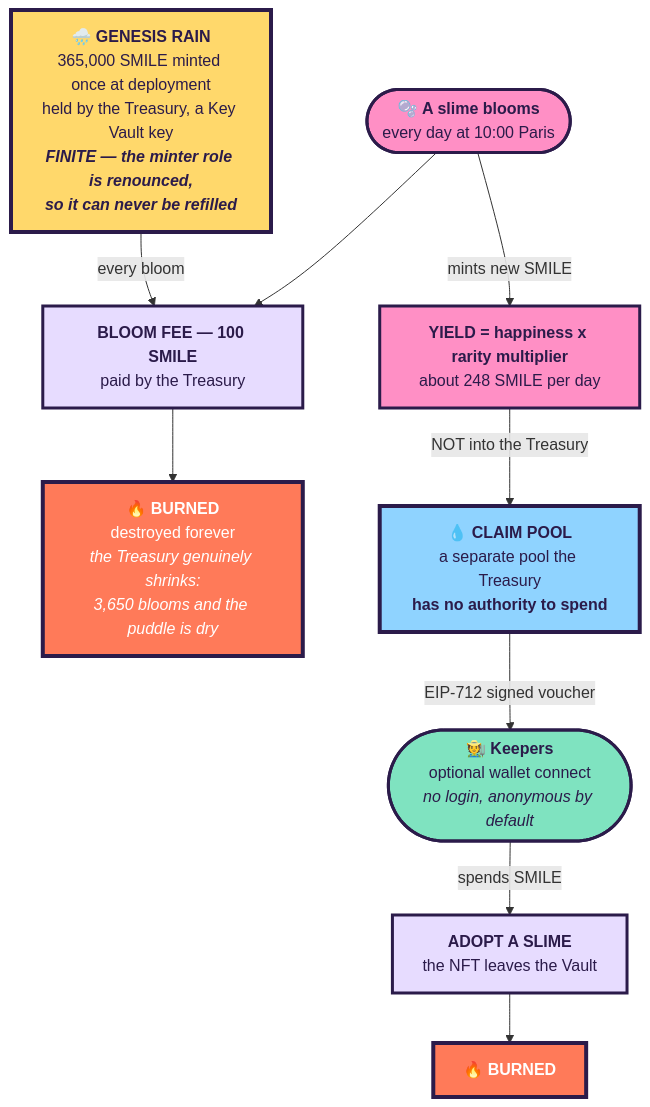
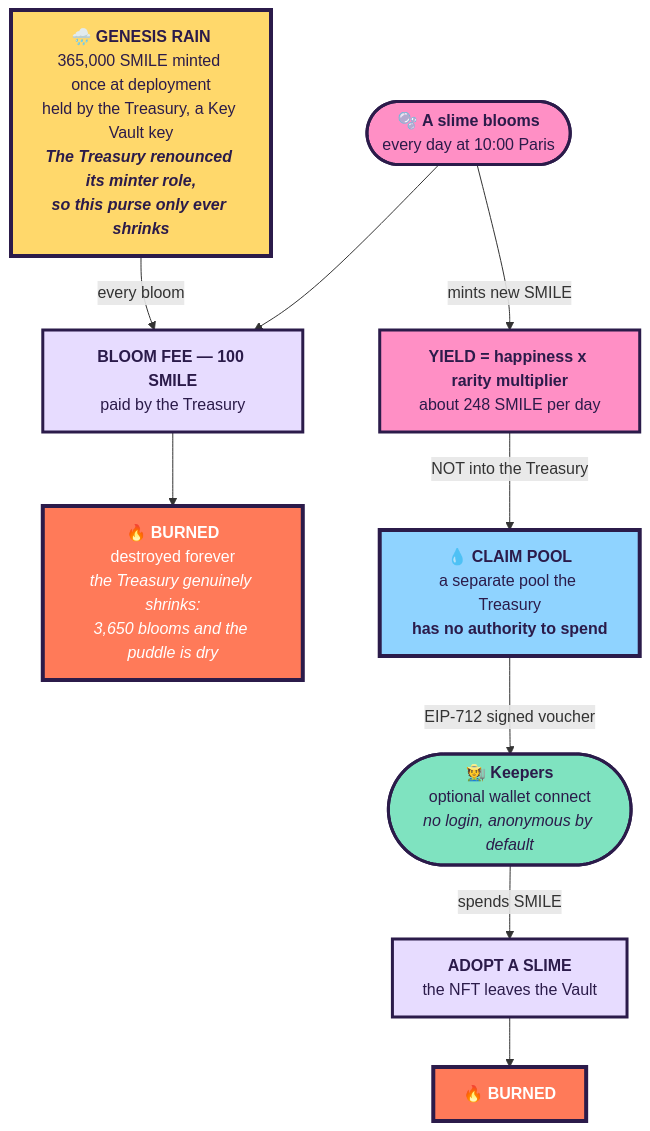
One commit to fredgis/pixelslime changed the third of 4 diagrams in docs/PLAN.md. Above: the diagram before and after it, drawn with Mermaid. The commit also changed other lines of this file and 2 other files, not shown here.

````diff
--- a/docs/PLAN.md
+++ b/docs/PLAN.md
@@ -936,35 +936,35 @@
 ```mermaid
 flowchart TD
-    G["<b>🌧️ GENESIS RAIN</b><br/>365,000 SMILE minted once at deployment<br/>held by the Treasury, a Key Vault key<br/><b><i>FINITE — the minter role is renounced,<br/>so it can never be refilled</i></b>"]
+    G["<b>🌧️ GENESIS RAIN</b><br/>365,000 SMILE minted once at deployment<br/>held by the Treasury, a Key Vault key<br/><b><i>The Treasury renounced its minter role,<br/>so this purse only ever shrinks</i></b>"]
     BLOOM(["🫧 <b>A slime blooms</b><br/>every day at 10:00 Paris"])
     FEE["<b>BLOOM FEE — 100 SMILE</b><br/>paid by the Treasury"]
     BURN1["🔥 <b>BURNED</b><br/>destroyed forever<br/><i>the Treasury genuinely shrinks:<br/>3,650 blooms and the puddle is dry</i>"]
     YIELD["<b>YIELD = happiness x rarity multiplier</b><br/>about 248 SMILE per day"]
     POOL["<b>💧 CLAIM POOL</b><br/>a separate pool the Treasury<br/><b>has no authority to spend</b>"]
     KEEPER(["🧑‍🌾 <b>Keepers</b><br/>optional wallet connect<br/><i>no login, anonymous by default</i>"])
     SINK["<b>ADOPT A SLIME</b><br/>the NFT leaves the Vault"]
     BURN2["🔥 <b>BURNED</b>"]
 
     G -->|every bloom| FEE
     BLOOM --> FEE
     FEE --> BURN1
     BLOOM -->|mints new SMILE| YIELD
     YIELD -->|"NOT into the Treasury"| POOL
     POOL -->|EIP-712 signed voucher| KEEPER
     KEEPER -->|spends SMILE| SINK
     SINK --> BURN2
 
     classDef genesis fill:#FFD86B,stroke:#2B1B4A,stroke-width:4px,color:#2B1B4A
     classDef bloom   fill:#FF8FC5,stroke:#2B1B4A,stroke-width:3px,color:#2B1B4A
     classDef fee     fill:#E7DCFF,stroke:#2B1B4A,stroke-width:3px,color:#2B1B4A
     classDef burn    fill:#FF7A59,stroke:#2B1B4A,stroke-width:4px,color:#FFFFFF
     classDef pool    fill:#8FD3FF,stroke:#2B1B4A,stroke-width:4px,color:#2B1B4A
     classDef keeper  fill:#7FE3C0,stroke:#2B1B4A,stroke-width:3px,color:#2B1B4A
 
     class G genesis
     class BLOOM,YIELD bloom
     class FEE,SINK fee
     class BURN1,BURN2 burn
     class POOL pool
     class KEEPER keeper
 ```
````
